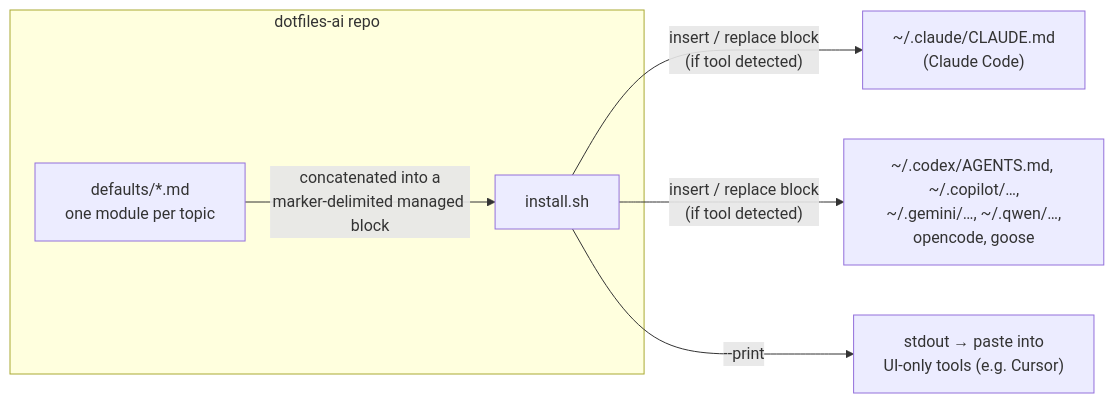
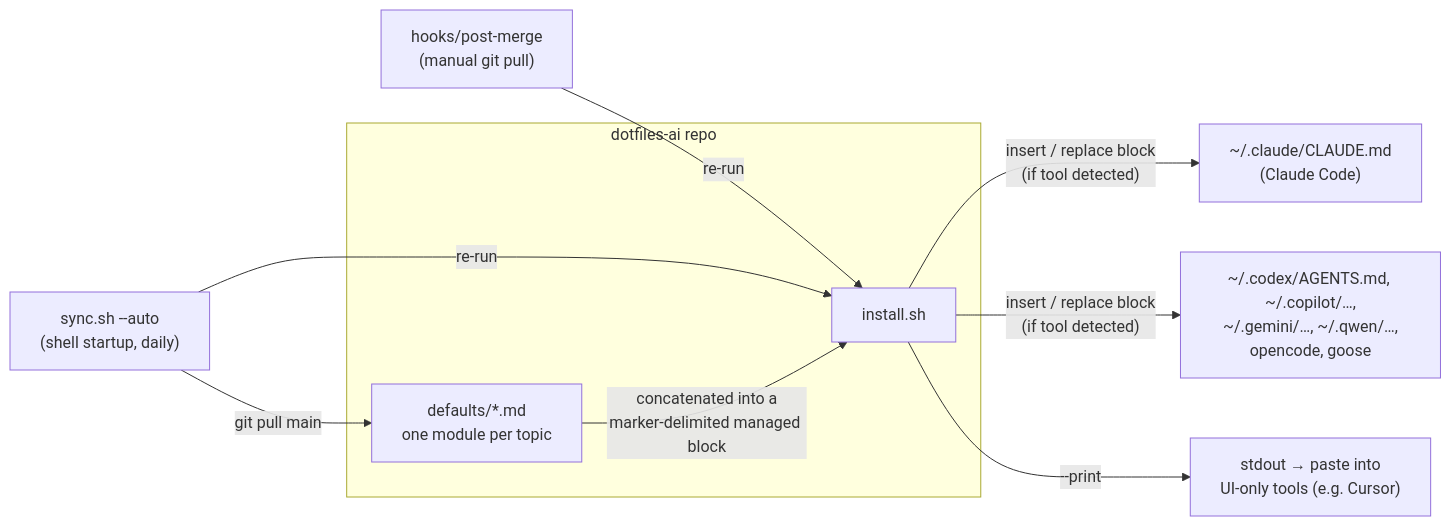
The diagram in ARCHITECTURE.md (mchelen/dotfiles-ai), drawn with Mermaid before and after one commit. The commit also changed other lines of this file and 3 other files, not shown here.

First line of the commit message:
Add sync automation: shell-startup auto-sync and post-merge hook

````diff
--- a/ARCHITECTURE.md
+++ b/ARCHITECTURE.md
@@ -7,11 +7,14 @@
 ```mermaid
 flowchart LR
+    S["sync.sh --auto<br/>(shell startup, daily)"] -->|"git pull main"| D
+    H["hooks/post-merge<br/>(manual git pull)"] -->|"re-run"| I
+    S -->|"re-run"| I
     subgraph repo["dotfiles-ai repo"]
         D["defaults/*.md<br/>one module per topic"]
         I["install.sh"]
     end
     D -->|"concatenated into a<br/>marker-delimited managed block"| I
     I -->|"insert / replace block<br/>(if tool detected)"| C["~/.claude/CLAUDE.md<br/>(Claude Code)"]
     I -->|"insert / replace block<br/>(if tool detected)"| X["~/.codex/AGENTS.md, ~/.copilot/…,<br/>~/.gemini/…, ~/.qwen/…,<br/>opencode, goose"]
     I -->|"--print"| P["stdout → paste into<br/>UI-only tools (e.g. Cursor)"]
 ```
````
